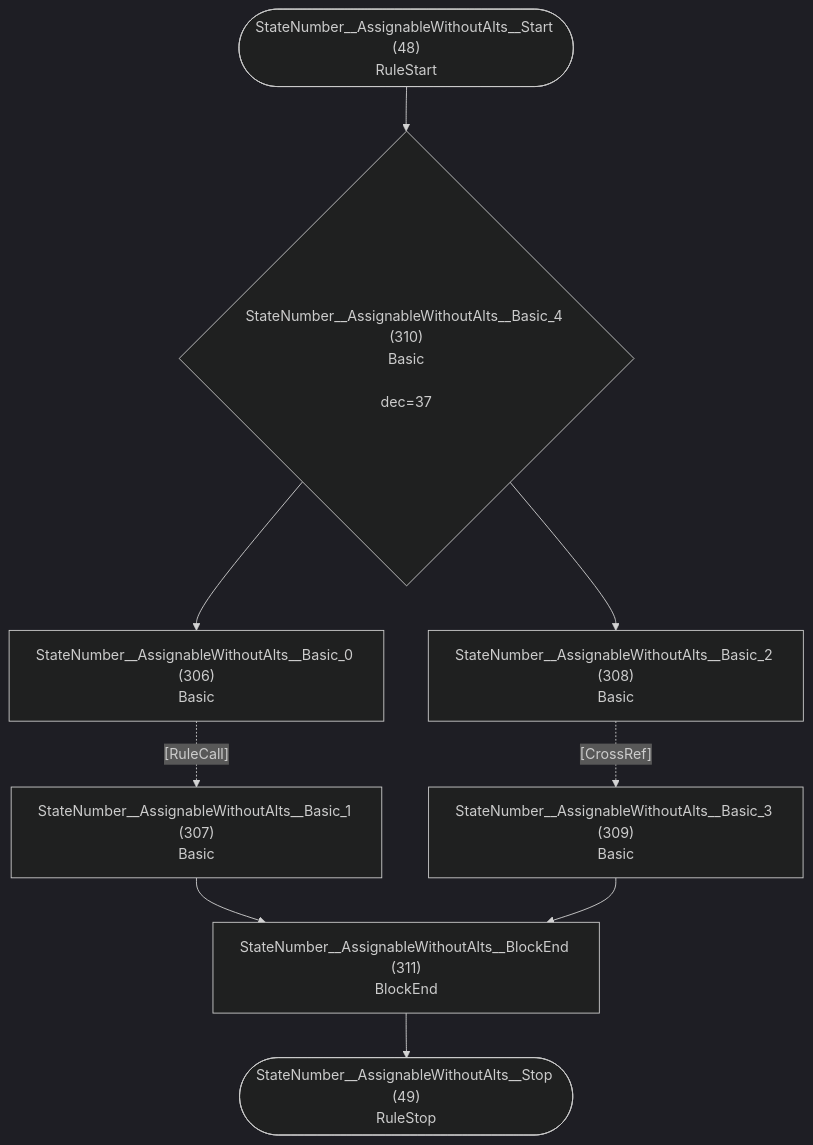
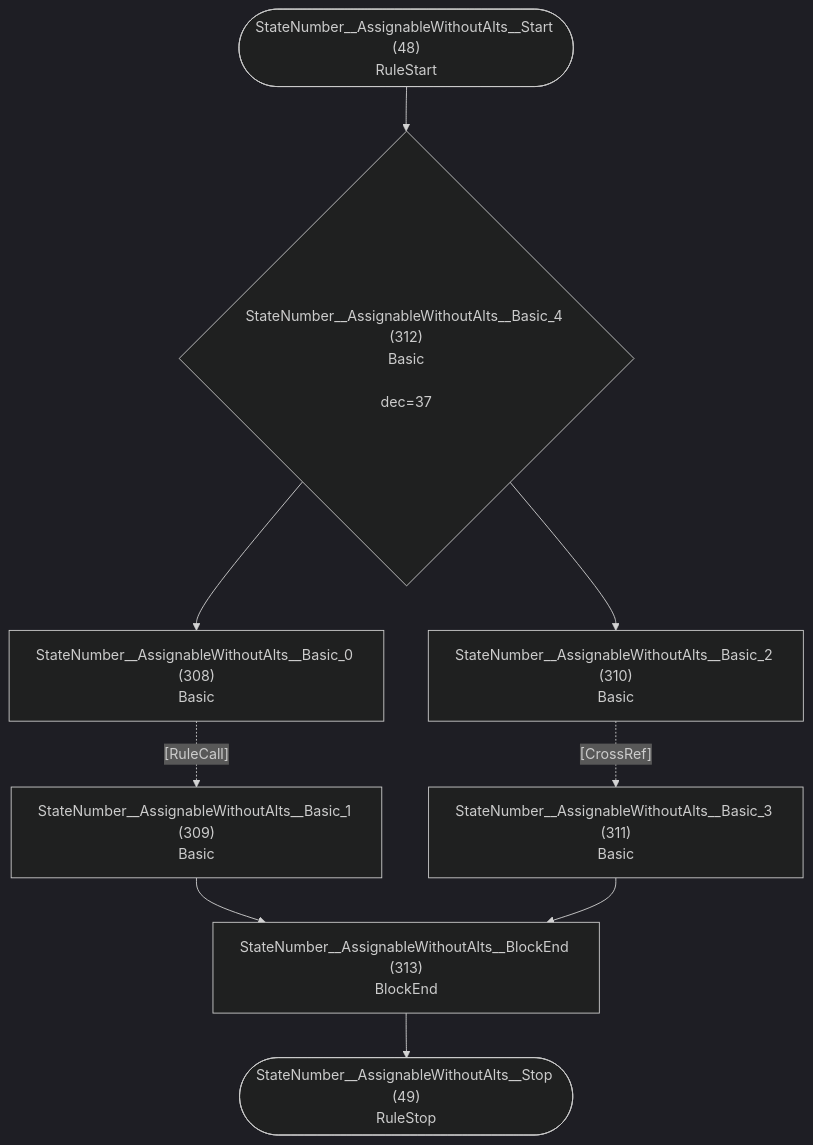
Diagram 25 of 33 in internal/grammar/atn.md (TypeFox/fastbelt), drawn with Mermaid (dark theme) before and after one commit. The commit also changed other lines of this file and 18 other files, not shown here.

````diff
--- a/internal/grammar/atn.md
+++ b/internal/grammar/atn.md
@@ -777,20 +782,20 @@
 ```mermaid
 flowchart TD
     q48(["StateNumber__AssignableWithoutAlts__Start (48)<br/>RuleStart"])
     q49(["StateNumber__AssignableWithoutAlts__Stop (49)<br/>RuleStop"])
-    q306["StateNumber__AssignableWithoutAlts__Basic_0 (306)<br/>Basic<br/>"]
-    q307["StateNumber__AssignableWithoutAlts__Basic_1 (307)<br/>Basic<br/>"]
-    q308["StateNumber__AssignableWithoutAlts__Basic_2 (308)<br/>Basic<br/>"]
-    q309["StateNumber__AssignableWithoutAlts__Basic_3 (309)<br/>Basic<br/>"]
-    q310{"StateNumber__AssignableWithoutAlts__Basic_4 (310)<br/>Basic<br/><br/>dec=37"}
-    q311["StateNumber__AssignableWithoutAlts__BlockEnd (311)<br/>BlockEnd<br/>"]
+    q308["StateNumber__AssignableWithoutAlts__Basic_0 (308)<br/>Basic<br/>"]
+    q309["StateNumber__AssignableWithoutAlts__Basic_1 (309)<br/>Basic<br/>"]
+    q310["StateNumber__AssignableWithoutAlts__Basic_2 (310)<br/>Basic<br/>"]
+    q311["StateNumber__AssignableWithoutAlts__Basic_3 (311)<br/>Basic<br/>"]
+    q312{"StateNumber__AssignableWithoutAlts__Basic_4 (312)<br/>Basic<br/><br/>dec=37"}
+    q313["StateNumber__AssignableWithoutAlts__BlockEnd (313)<br/>BlockEnd<br/>"]
 
-    q48 --> q310
-    q306 -.->|"[RuleCall]"| q307
-    q307 --> q311
-    q308 -.->|"[CrossRef]"| q309
-    q309 --> q311
-    q310 --> q306
-    q310 --> q308
-    q311 --> q49
+    q48 --> q312
+    q308 -.->|"[RuleCall]"| q309
+    q309 --> q313
+    q310 -.->|"[CrossRef]"| q311
+    q311 --> q313
+    q312 --> q308
+    q312 --> q310
+    q313 --> q49
 ```
````
